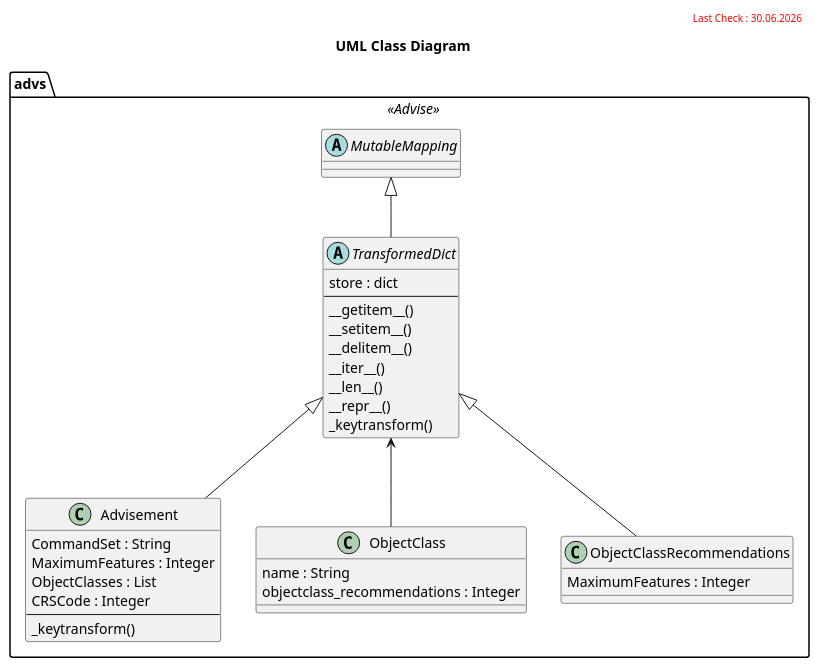
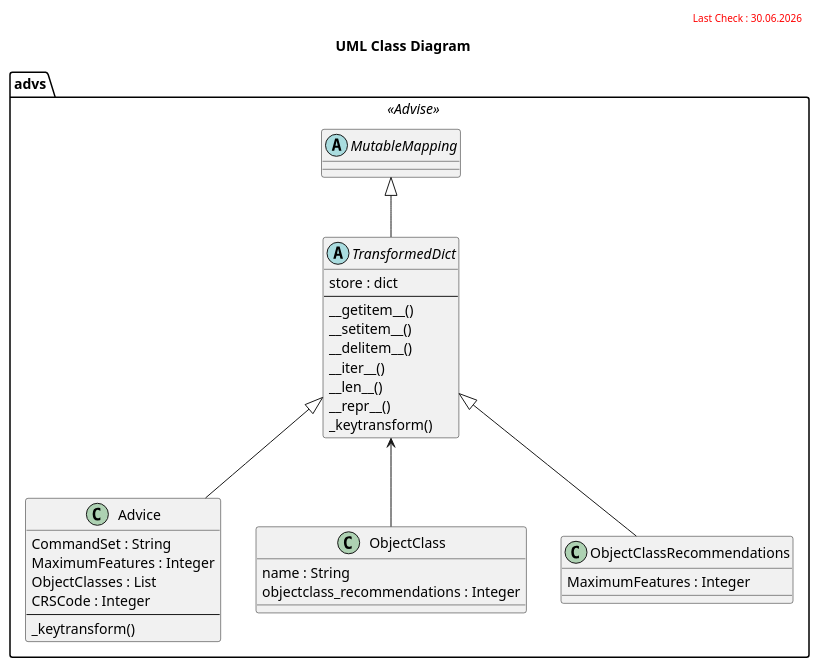
One commit to 3dcitydb/citydb-3dtiler changed the diagram in docs/includes/advice_classes.md. Above: the diagram before and after it, drawn with PlantUML. The commit also changed other lines of this file and 8 other files, not shown here.

````diff
--- a/docs/includes/advice_classes.md
+++ b/docs/includes/advice_classes.md
@@ -10,48 +10,48 @@
 ```puml
 @startuml
 title UML Class Diagram 
 header
 <font color=red size=10>Last Check : 30.06.2026</font>
 endheader
 'footer
 '<font color=blue size=9>30.06.2026</font>
 'endfooter
 
 '!include card-style.puml
 
 namespace advs <<Advise>> {
   abstract class MutableMapping {
   }
   abstract class TransformedDict {
     store : dict
     ---
     __getitem__()
     __setitem__()
     __delitem__()
     __iter__()
     __len__()
     __repr__()
     _keytransform()
   }
   TransformedDict -up-|> MutableMapping
-  class Advisement {
+  class Advice {
     CommandSet : String
     MaximumFeatures : Integer
     ObjectClasses : List
     CRSCode : Integer
     ---
     _keytransform()
   }
-  Advisement -up-|> TransformedDict
+  Advice -up-|> TransformedDict
   class ObjectClass {
     name : String
     objectclass_recommendations : Integer
   }
   ObjectClass -up-> TransformedDict
   class ObjectClassRecommendations {
     MaximumFeatures : Integer
   }
   ObjectClassRecommendations -up-|> TransformedDict
 }
 @enduml
 ```
````
